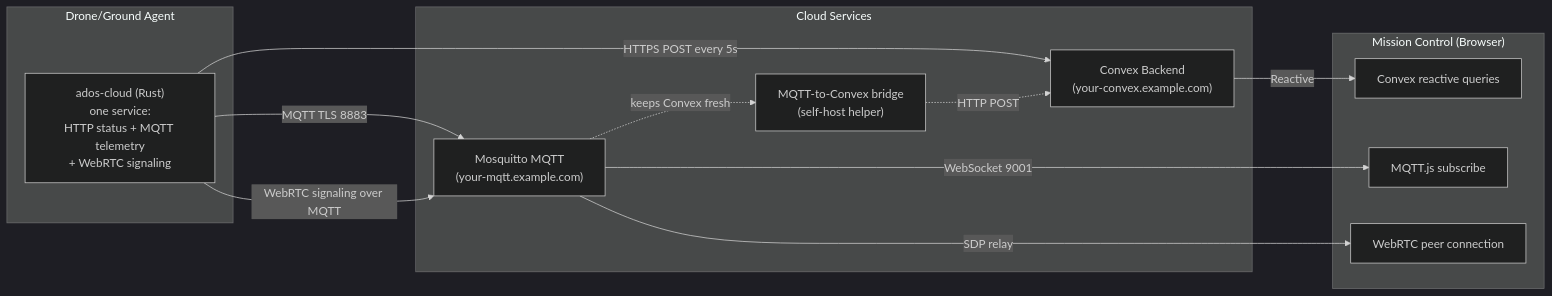
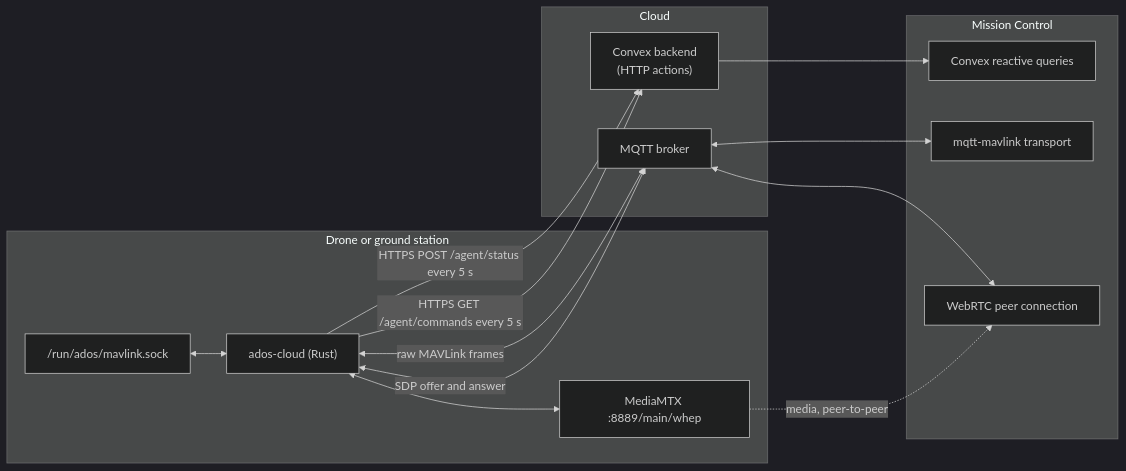
Before and after one commit to altnautica/Documentation: the diagram in architecture/cloud-infrastructure.mdx, drawn with Mermaid. The commit also changed other lines of this file and 412 other files, not shown here.

````diff
--- a/architecture/cloud-infrastructure.mdx
+++ b/architecture/cloud-infrastructure.mdx
@@ -14,30 +14,32 @@
 ```mermaid
 %%{init: {'theme': 'dark'}}%%
 flowchart LR
-    subgraph Agent["Drone/Ground Agent"]
-        Cloud["ados-cloud (Rust)<br/>one service:<br/>HTTP status + MQTT telemetry<br/>+ WebRTC signaling"]
+    subgraph Node["Drone or ground station"]
+        Cloud["ados-cloud (Rust)"]
+        Sock["/run/ados/mavlink.sock"]
+        WHEP["MediaMTX :8889/main/whep"]
+        Sock <--> Cloud
+        Cloud <--> WHEP
     end
 
-    subgraph CloudSvc["Cloud Services"]
-        Convex["Convex Backend<br/>(your-convex.example.com)"]
-        Mosquitto["Mosquitto MQTT<br/>(your-mqtt.example.com)"]
-        Bridge["MQTT-to-Convex bridge<br/>(self-host helper)"]
+    subgraph CloudSvc["Cloud"]
+        Convex["Convex backend<br/>(HTTP actions)"]
+        Broker["MQTT broker"]
     end
 
-    subgraph GCS["Mission Control (Browser)"]
-        B_Convex["Convex reactive queries"]
-        B_MQTT["MQTT.js subscribe"]
-        B_WebRTC["WebRTC peer connection"]
+    subgraph GCS["Mission Control"]
+        Queries["Convex reactive queries"]
+        Mqtt["mqtt-mavlink transport"]
+        RTC["WebRTC peer connection"]
     end
 
-    Cloud -->|HTTPS POST every 5s| Convex
-    Cloud -->|MQTT TLS 8883| Mosquitto
-    Cloud -->|WebRTC signaling over MQTT| Mosquitto
+    Cloud -->|HTTPS POST /agent/status every 5 s| Convex
+    Cloud -->|HTTPS GET /agent/commands every 5 s| Convex
+    Cloud <-->|raw MAVLink frames| Broker
+    Cloud <-->|SDP offer and answer| Broker
 
-    Mosquitto -.->|keeps Convex fresh| Bridge
-    Bridge -.->|HTTP POST| Convex
-
-    Convex -->|Reactive| B_Convex
-    Mosquitto -->|WebSocket 9001| B_MQTT
-    Mosquitto -->|SDP relay| B_WebRTC
+    Convex --> Queries
+    Broker <--> Mqtt
+    Broker <--> RTC
+    WHEP -.->|media, peer-to-peer| RTC
 ```
````
